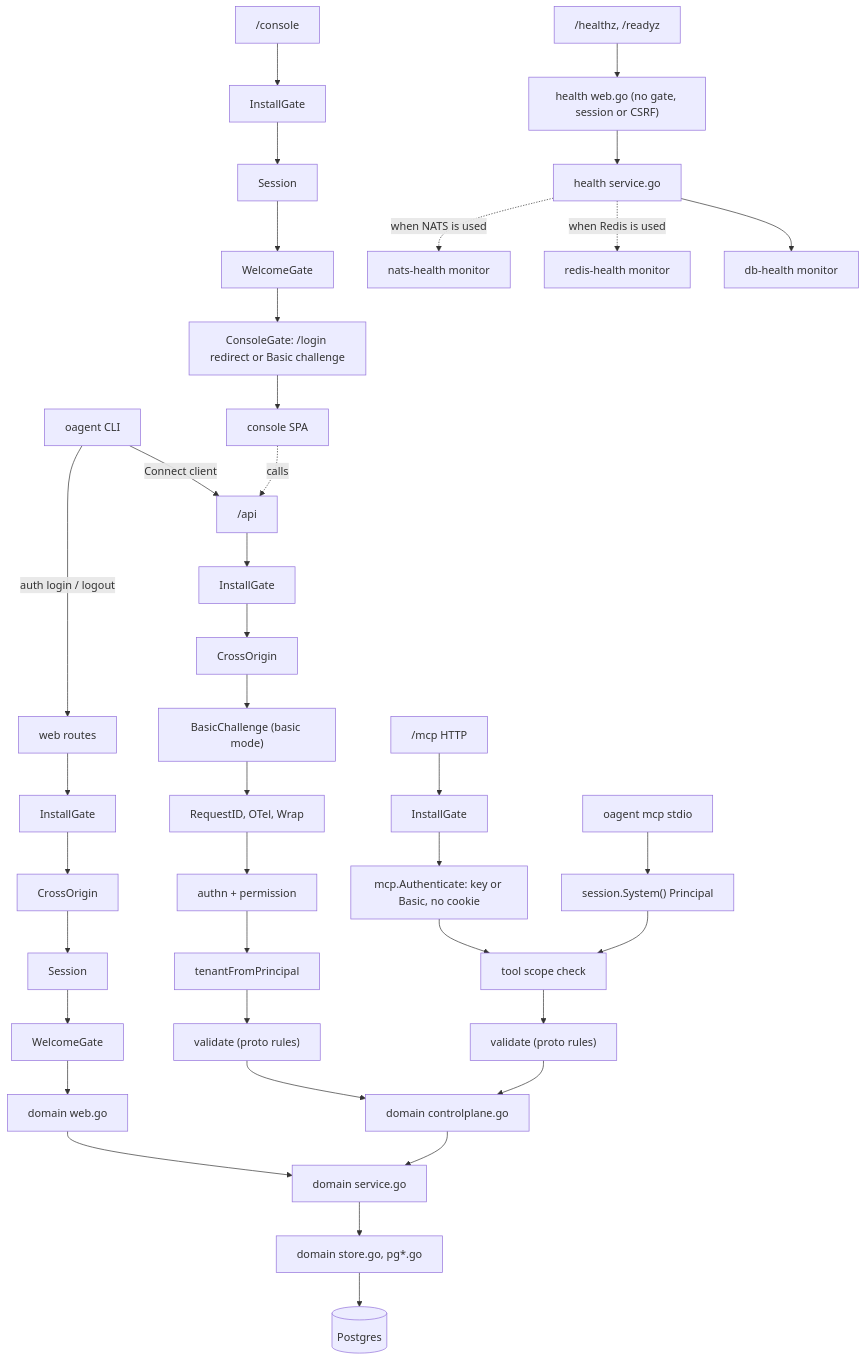
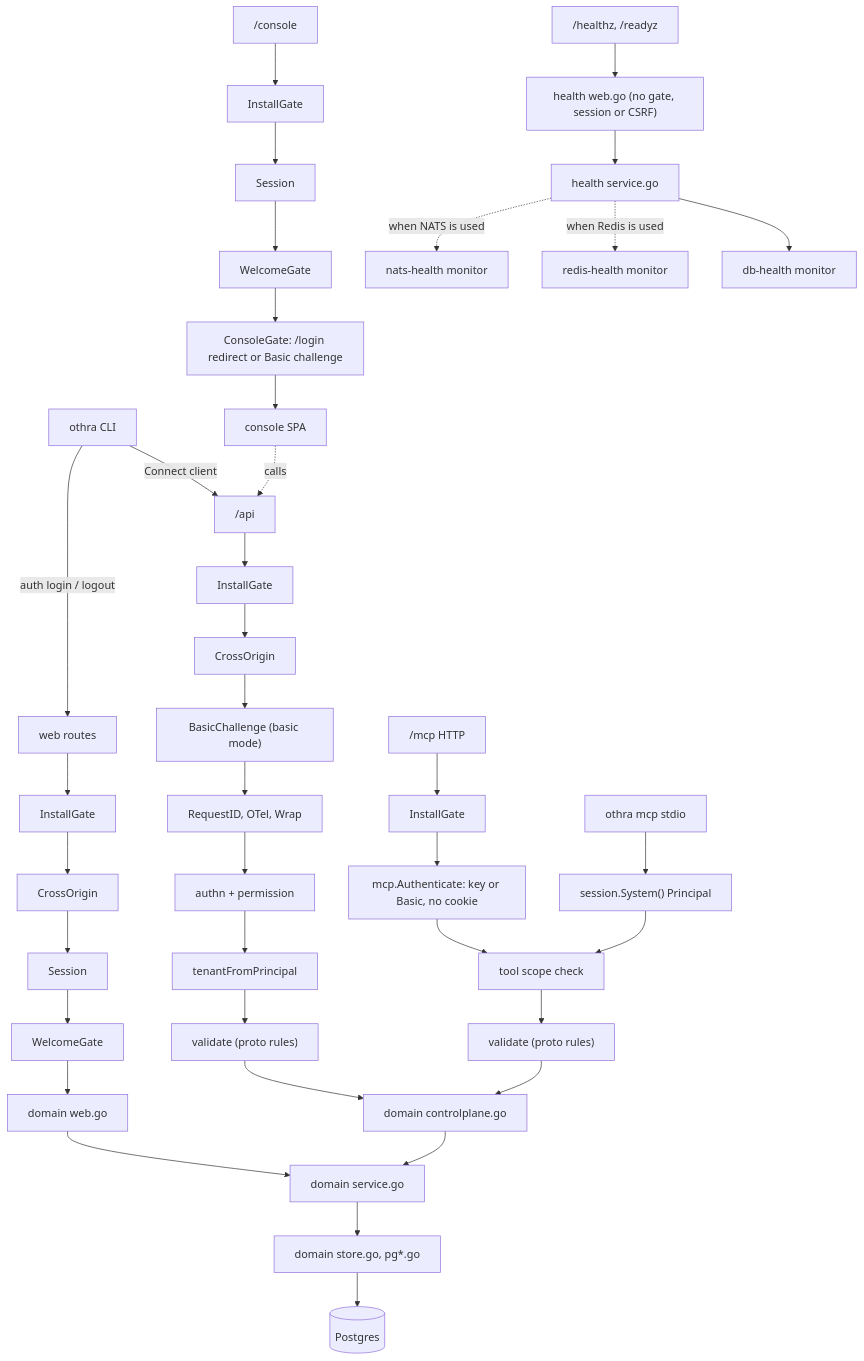
One commit to altalune-id/othra changed the second of 3 diagrams in internal/boot/README.md. Above: the diagram before and after it, drawn with Mermaid. The commit also changed other lines of this file and 753 other files, not shown here.

Commit message:
refactor!: rename oagent to othra across module, protos, config and identifiers

````diff
--- a/internal/boot/README.md
+++ b/internal/boot/README.md
@@ -47,18 +47,18 @@
 ```mermaid
 flowchart TD
-    CLI["oagent CLI"] -- Connect client --> API
+    CLI["othra CLI"] -- Connect client --> API
     CLI -- "auth login / logout" --> WEB
     API["/api"] --> G1[InstallGate] --> C1[CrossOrigin] --> B1["BasicChallenge (basic mode)"] --> I1["RequestID, OTel, Wrap"] --> I2["authn + permission"] --> I3[tenantFromPrincipal] --> V1["validate (proto rules)"] --> DC
     WEB["web routes"] --> G2[InstallGate] --> C2[CrossOrigin] --> S2[Session] --> W2[WelcomeGate] --> DW
     CON["/console"] --> G3[InstallGate] --> S3[Session] --> W3[WelcomeGate] --> CG3["ConsoleGate: /login redirect or Basic challenge"] --> SPA[console SPA]
     SPA -. calls .-> API
     MCPH["/mcp HTTP"] --> G4[InstallGate] --> A4["mcp.Authenticate: key or Basic, no cookie"] --> T4["tool scope check"] --> V4["validate (proto rules)"] --> DC
-    MCPS["oagent mcp stdio"] --> SYS["session.System() Principal"] --> T4
+    MCPS["othra mcp stdio"] --> SYS["session.System() Principal"] --> T4
     LB["/healthz, /readyz"] --> HW["health web.go (no gate, session or CSRF)"] --> HS["health service.go"] --> DBH["db-health monitor"]
     HS -. "when Redis is used" .-> RDH["redis-health monitor"]
     HS -. "when NATS is used" .-> NAH["nats-health monitor"]
 
     DC["domain controlplane.go"] --> SVC["domain service.go"]
     DW["domain web.go"] --> SVC
     SVC --> ST["domain store.go, pg*.go"] --> PG[(Postgres)]
 ```
````
